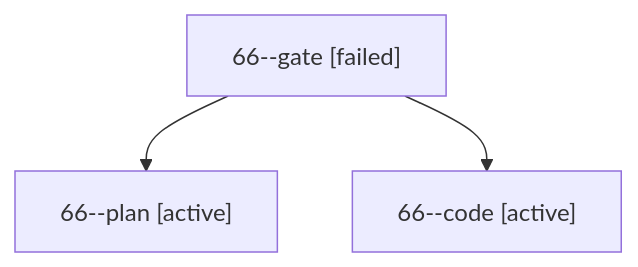
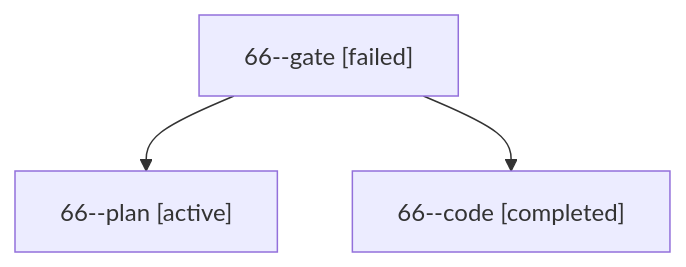
One commit to bobs-org/bob-cli--agents changed the diagram in sessions/bbugyi200.apollo.66.md. Above: the diagram before and after it, drawn with Mermaid. The commit also changed other lines of this file and 46 other files, not shown here.

````diff
--- a/sessions/bbugyi200.apollo.66.md
+++ b/sessions/bbugyi200.apollo.66.md
@@ -9,8 +9,8 @@
 ```mermaid
 flowchart TD
   n0["66--gate [failed]"]
   n1["66--plan [active]"]
   n0 --> n1
-  n2["66--code [active]"]
+  n2["66--code [completed]"]
   n0 --> n2
 ```
````
